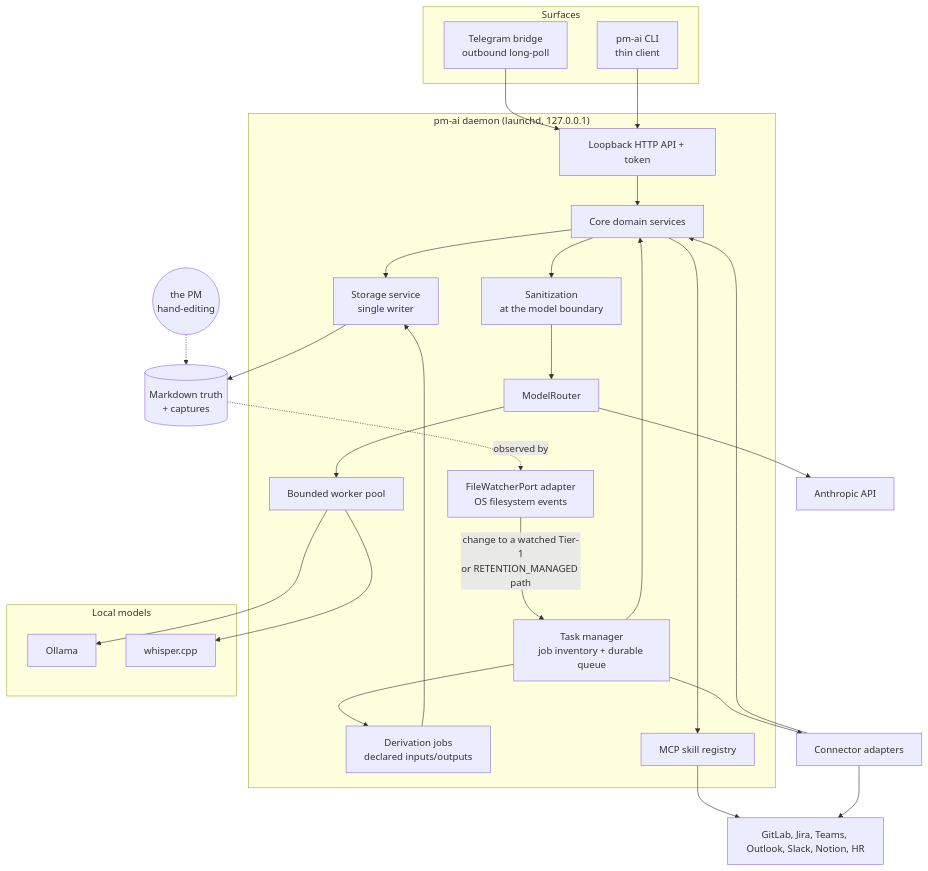
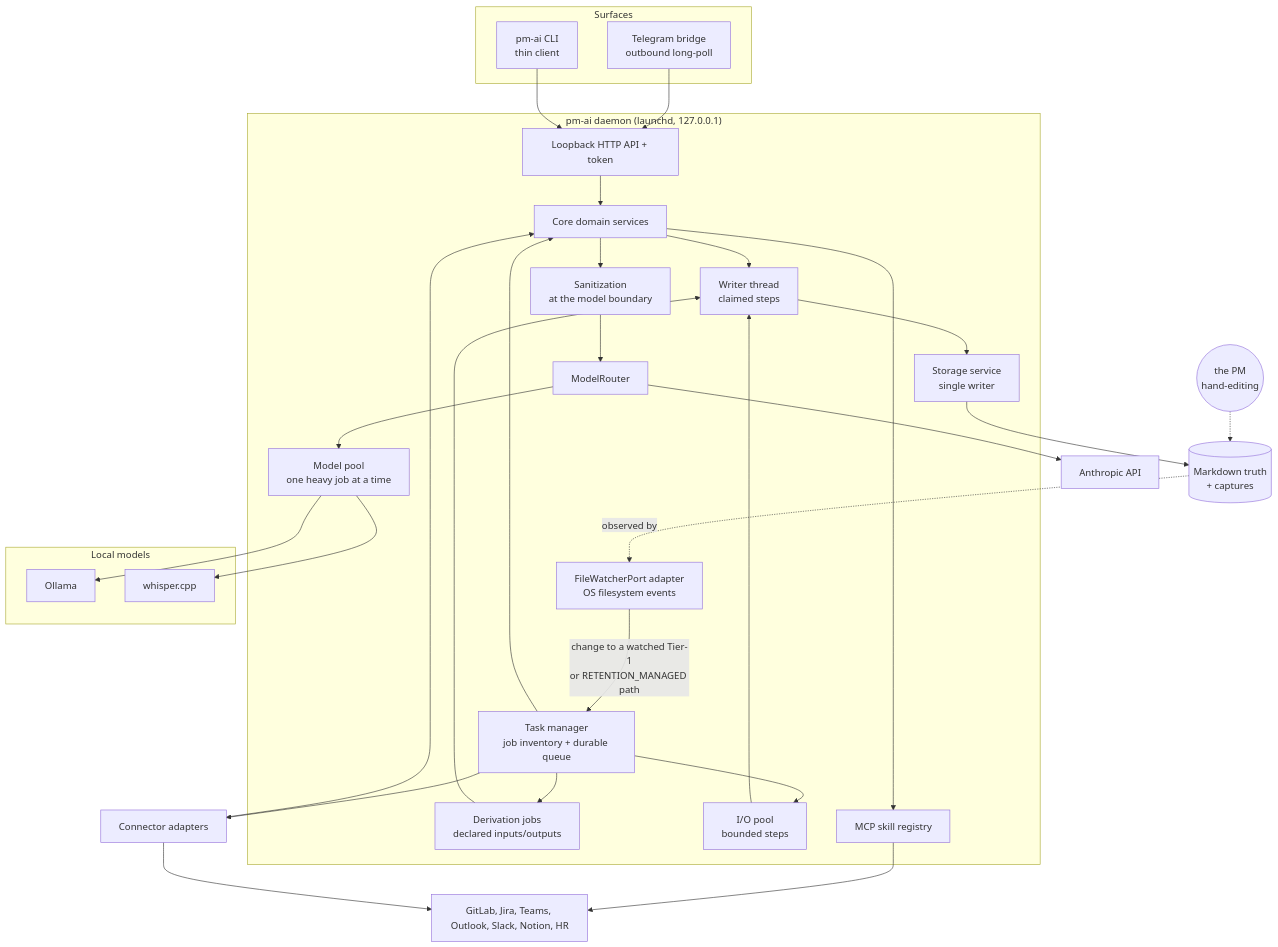
Before and after one commit to aramaniuk/pm-ai: the second of 4 diagrams in _bmad-output/planning-artifacts/architecture/architecture-pm-ai-2026-08-18/ARCHITECTURE-SPINE.md, drawn with Mermaid. The commit also changed other lines of this file and 5 other files, not shown here.

````diff
--- a/_bmad-output/planning-artifacts/architecture/architecture-pm-ai-2026-08-18/ARCHITECTURE-SPINE.md
+++ b/_bmad-output/planning-artifacts/architecture/architecture-pm-ai-2026-08-18/ARCHITECTURE-SPINE.md
@@ -850,45 +883,50 @@
 ```mermaid
 graph TB
     subgraph Surfaces
         TG[Telegram bridge<br/>outbound long-poll]
         CLI[pm-ai CLI<br/>thin client]
     end
     subgraph Daemon["pm-ai daemon (launchd, 127.0.0.1)"]
         API[Loopback HTTP API + token]
         SCHED[Task manager<br/>job inventory + durable queue]
         WATCH[FileWatcherPort adapter<br/>OS filesystem events]
         JOBS[Derivation jobs<br/>declared inputs/outputs]
         CORE[Core domain services]
         SAN[Sanitization<br/>at the model boundary]
-        POOL[Bounded worker pool]
+        POOL[Model pool<br/>one heavy job at a time]
+        IOPOOL[I/O pool<br/>bounded steps]
+        WRITER[Writer thread<br/>claimed steps]
         STORE[Storage service<br/>single writer]
         ROUTER[ModelRouter]
         REG[MCP skill registry]
     end
     subgraph Local["Local models"]
         OLL[Ollama]
         WSP[whisper.cpp]
     end
     TG --> API
     CLI --> API
     API --> CORE
     SCHED --> CORE
     SCHED --> JOBS
-    JOBS --> STORE
+    JOBS --> WRITER
+    WRITER --> STORE
     WATCH -->|"change to a watched Tier-1<br/>or RETENTION_MANAGED path"| SCHED
     FSW[("Markdown truth<br/>+ captures")] -.observed by.-> WATCH
     STORE --> FSW
     PM(("the PM<br/>hand-editing")) -.-> FSW
     SCHED --> CONN[Connector adapters]
     CONN --> CORE
-    CORE --> STORE
+    CORE --> WRITER
+    SCHED --> IOPOOL
+    IOPOOL --> WRITER
     CORE --> SAN
     SAN --> ROUTER
     CORE --> REG
     ROUTER --> POOL
     POOL --> OLL
     POOL --> WSP
     ROUTER --> ANTH[Anthropic API]
     REG --> EXT[GitLab, Jira, Teams, Outlook, Slack, Notion, HR]
     CONN --> EXT
 ```
````
